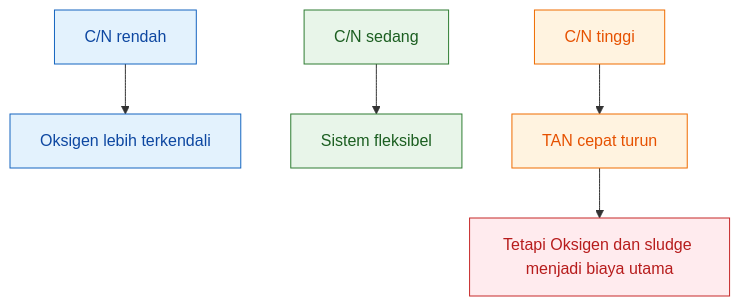
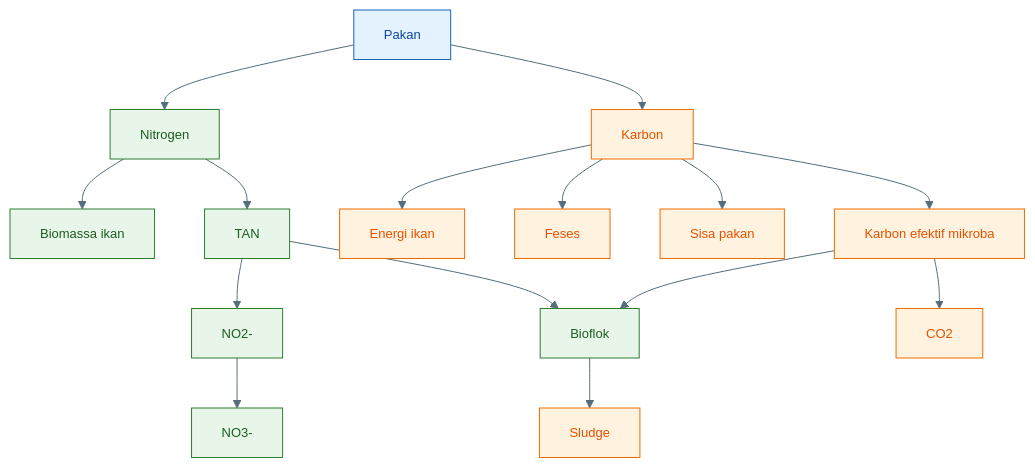
Before and after one commit to slametsampon/kawruhnology: the sixth of 32 diagrams in content/blog/agri/perikanan/ratio-cn-rendah-biflok.mdx, drawn with Mermaid. The commit also changed other lines of this file, not shown here.

Commit message:
upadte rasio c/n rendah

````diff
--- a/content/blog/agri/perikanan/ratio-cn-rendah-biflok.mdx
+++ b/content/blog/agri/perikanan/ratio-cn-rendah-biflok.mdx
@@ -1021,17 +1313,40 @@
-```mermaid id="z6lsfh"
+```mermaid id="pakan-sumber-n-dan-c"
+%%{init: {'theme':'base','themeVariables':{
+'primaryColor':'#E3F2FD',
+'primaryTextColor':'#0D47A1',
+'primaryBorderColor':'#1565C0',
+'secondaryColor':'#E8F5E9',
+'secondaryTextColor':'#1B5E20',
+'secondaryBorderColor':'#2E7D32',
+'tertiaryColor':'#FFF3E0',
+'tertiaryTextColor':'#E65100',
+'tertiaryBorderColor':'#EF6C00',
+'lineColor':'#546E7A',
+'fontSize':'13px'
+}}}%%
 flowchart TD
-    A["C/N rendah"] --> B["Oksigen lebih terkendali"]
-    C["C/N sedang"] --> D["Sistem fleksibel"]
-    E["C/N tinggi"] --> F["TAN cepat turun"]
-    F --> G["Tetapi Oksigen dan sludge menjadi biaya utama"]
+    A["Pakan"] --> B["Nitrogen"]
+    A --> C["Karbon"]
 
-    classDef low fill:#e3f2fd,stroke:#1565c0,color:#0d47a1;
-    classDef mid fill:#e8f5e9,stroke:#2e7d32,color:#1b5e20;
-    classDef high fill:#fff3e0,stroke:#ef6c00,color:#e65100;
-    classDef risk fill:#ffebee,stroke:#c62828,color:#b71c1c;
+    B --> D["Biomassa ikan"]
+    B --> E["TAN"]
+    E --> F["NO2-"]
+    F --> G["NO3-"]
+    E --> H["Bioflok"]
 
-    class A,B low;
-    class C,D mid;
-    class E,F high;
-    class G risk;
+    C --> I["Energi ikan"]
+    C --> J["Feses"]
+    C --> K["Sisa pakan"]
+    C --> L["Karbon efektif mikroba"]
+    L --> H
+    H --> M["Sludge"]
+    L --> N["CO2"]
+
+    classDef pakan fill:#E3F2FD,stroke:#1565C0,color:#0D47A1;
+    classDef nitrogen fill:#E8F5E9,stroke:#2E7D32,color:#1B5E20;
+    classDef karbon fill:#FFF3E0,stroke:#EF6C00,color:#E65100;
+
+    class A pakan;
+    class B,D,E,F,G,H nitrogen;
+    class C,I,J,K,L,M,N karbon;
 ```
````
